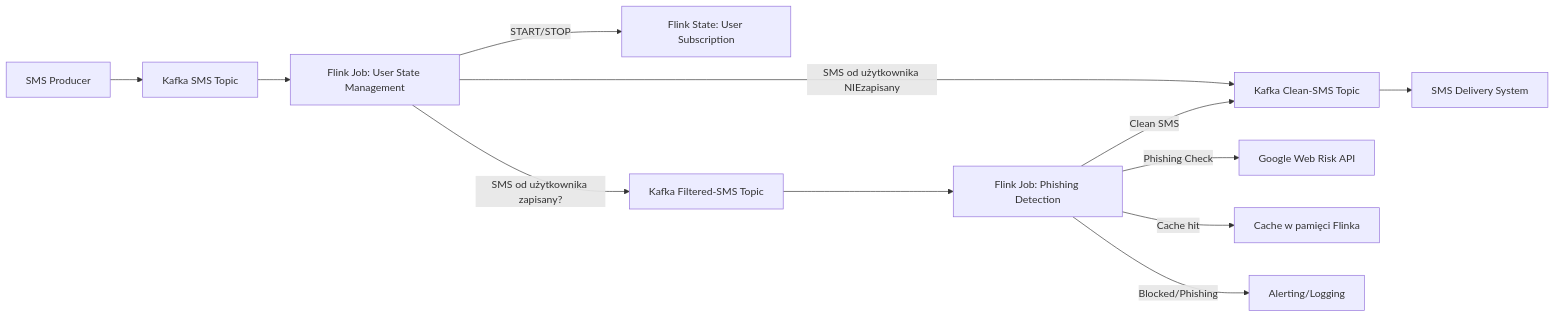
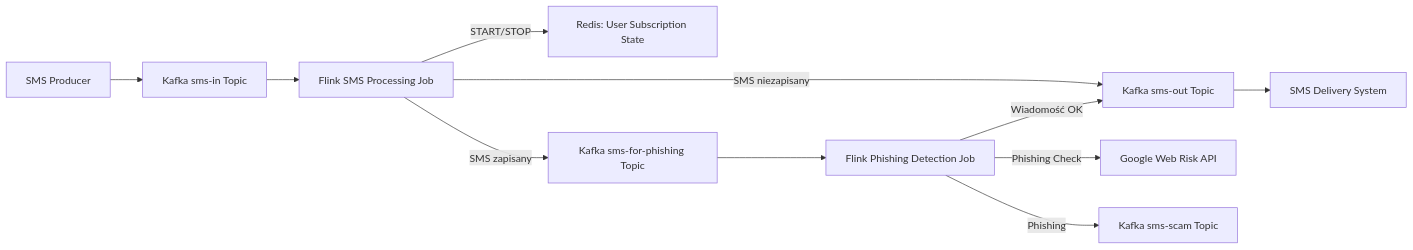
The diagram in README.md (coder-greg/sms_phishing), drawn with Mermaid before and after one commit. The commit also changed other lines of this file, not shown here.

````diff
--- a/README.md
+++ b/README.md
@@ -55,14 +56,13 @@
 ```mermaid
 flowchart LR
-    A[SMS Producer] --> B[Kafka SMS Topic]
-    B --> C[Flink Job: User State Management]
-    C -->|START/STOP| D[Flink State: User Subscription]
-    C -->|SMS od użytkownika zapisany?| E[Kafka Filtered-SMS Topic]
-    C -->|SMS od użytkownika NIEzapisany| H[Kafka Clean-SMS Topic]
-    E --> F[Flink Job: Phishing Detection]
-    F -->|Phishing Check| G[Google Web Risk API]
-    F -->|Cache hit| K[Cache w pamięci Flinka]
-    F -->|Clean SMS| H
-    H --> I[SMS Delivery System]
-    F -->|Blocked/Phishing| J[Alerting/Logging]
+    A[SMS Producer] --> B[Kafka sms-in Topic]
+    B --> C[Flink SMS Processing Job]
+    C -->|START/STOP| D[Redis: User Subscription State]
+    C -->|SMS zapisany| E[Kafka sms-for-phishing Topic]
+    C -->|SMS niezapisany| F[Kafka sms-out Topic]
+    E --> G[Flink Phishing Detection Job]
+    G -->|Phishing Check| H[Google Web Risk API]
+    G -->|Wiadomość OK| F
+    G -->|Phishing| I[Kafka sms-scam Topic]
+    F --> J[SMS Delivery System]
 ```
````
